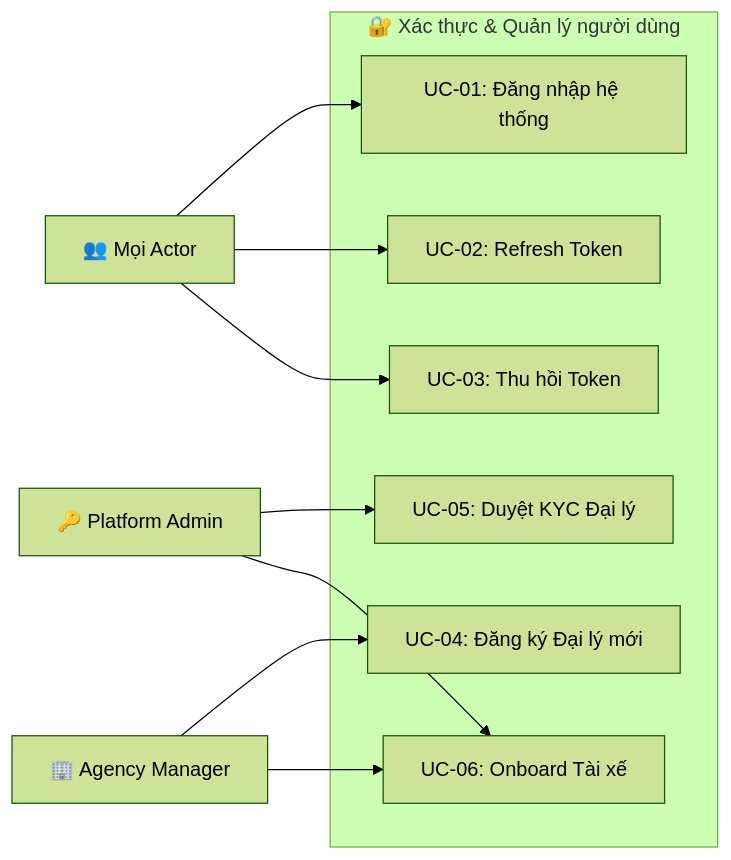
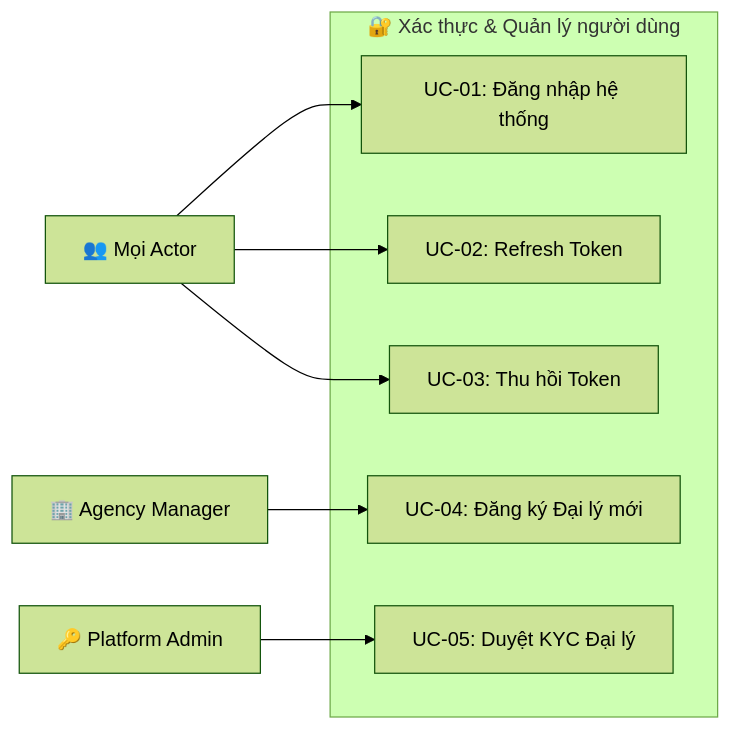
The second of 13 diagrams in docs/use_case_diagram.md (thanh-16/B2B_Tour), drawn with Mermaid (forest theme) before and after one commit. The commit also changed other lines of this file and 1 other file, not shown here.

````diff
--- a/docs/use_case_diagram.md
+++ b/docs/use_case_diagram.md
@@ -26,20 +26,17 @@
 ```mermaid
 graph LR
     subgraph UC_Auth["🔐 Xác thực & Quản lý người dùng"]
         UC1["UC-01: Đăng nhập hệ thống"]
         UC2["UC-02: Refresh Token"]
         UC3["UC-03: Thu hồi Token"]
         UC4["UC-04: Đăng ký Đại lý mới"]
         UC5["UC-05: Duyệt KYC Đại lý"]
-        UC6["UC-06: Onboard Tài xế"]
     end
 
     PA["🔑 Platform Admin"] --> UC5
-    PA --> UC6
     AM["🏢 Agency Manager"] --> UC4
-    AM --> UC6
 
     ALL["👥 Mọi Actor"] --> UC1
     ALL --> UC2
     ALL --> UC3
 ```
````
